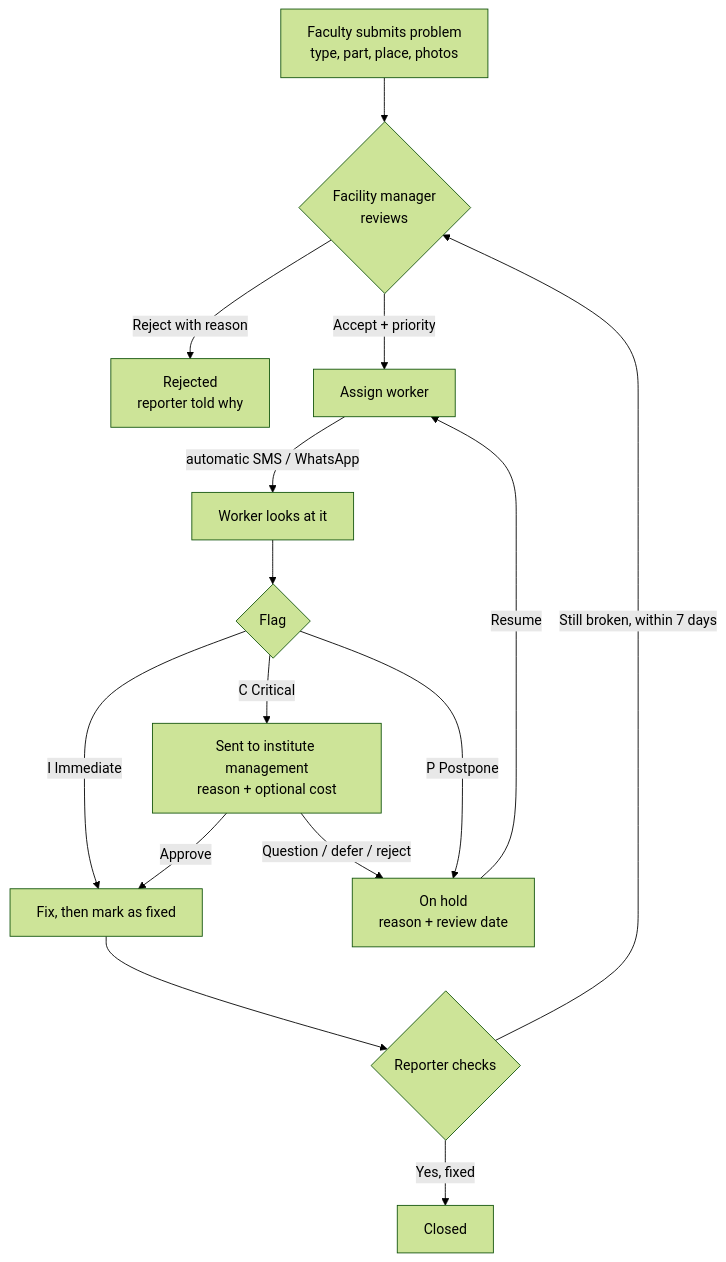
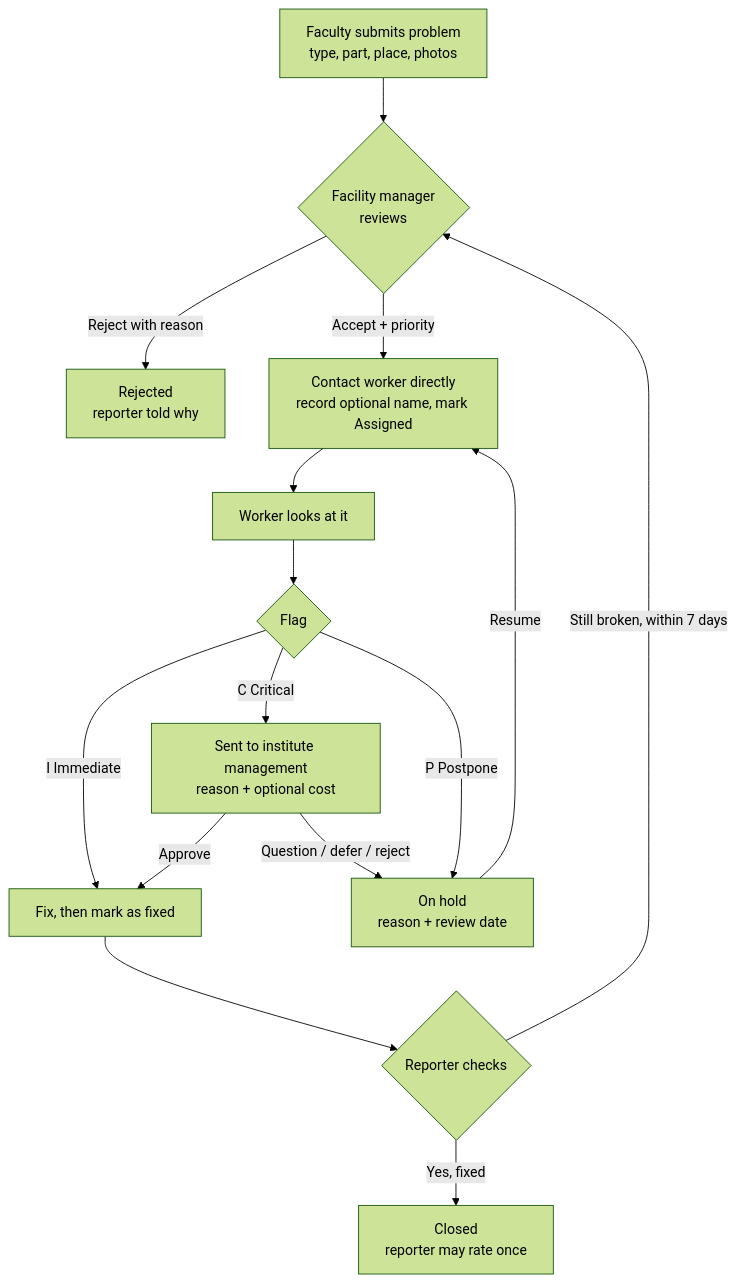
One commit to OSSC-DBIT/pcms changed the third of 5 diagrams in docs/ARCHITECTURE.md. Above: the diagram before and after it, drawn with Mermaid (forest theme). The commit also changed other lines of this file and 47 other files, not shown here.

````diff
--- a/docs/ARCHITECTURE.md
+++ b/docs/ARCHITECTURE.md
@@ -96,17 +98,17 @@
 ```mermaid
 flowchart TD
     A[Faculty submits problem<br/>type, part, place, photos] --> B{Facility manager<br/>reviews}
     B -->|Reject with reason| R[Rejected<br/>reporter told why]
-    B -->|Accept + priority| C[Assign worker]
-    C -->|automatic SMS / WhatsApp| D[Worker looks at it]
+    B -->|Accept + priority| C[Contact worker directly<br/>record optional name, mark Assigned]
+    C --> D[Worker looks at it]
     D --> E{Flag}
     E -->|I Immediate| F[Fix, then mark as fixed]
     E -->|C Critical| G[Sent to institute management<br/>reason + optional cost]
     E -->|P Postpone| H[On hold<br/>reason + review date]
     G -->|Approve| F
     G -->|Question / defer / reject| H
     H -->|Resume| C
     F --> I{Reporter checks}
-    I -->|Yes, fixed| J[Closed]
+    I -->|Yes, fixed| J[Closed<br/>reporter may rate once]
     I -->|Still broken, within 7 days| B
 ```
````
